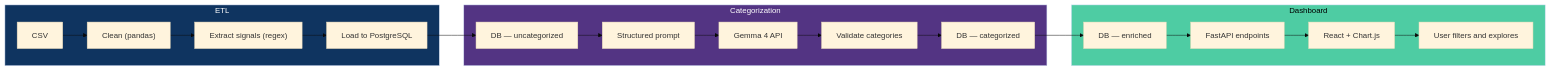
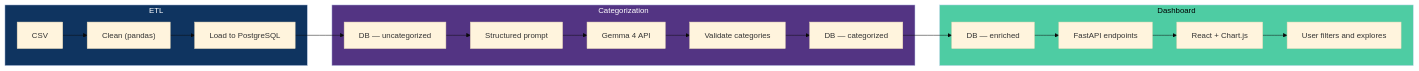
One commit to jcarrascoa7/vambe-technical-test changed the third of 3 diagrams in docs/architecture.md. Above: the diagram before and after it, drawn with Mermaid (base theme). The commit also changed other lines of this file and 4 other files, not shown here.

First line of the commit message:
docs: update architecture to reflect LLM-only categorization

````diff
--- a/docs/architecture.md
+++ b/docs/architecture.md
@@ -117,28 +115,27 @@
 ```mermaid
 flowchart LR
     subgraph S1[ETL]
         CSV["CSV"] --> Clean["Clean (pandas)"]
-        Clean --> Extract["Extract signals (regex)"]
-        Extract --> Load["Load to PostgreSQL"]
+        Clean --> Load["Load to PostgreSQL"]
     end
 
     subgraph S2[Categorization]
         DB1["DB — uncategorized"] --> Prompt["Structured prompt"]
         Prompt --> LLM["Gemma 4 API"]
         LLM --> Validate["Validate categories"]
         Validate --> DB2["DB — categorized"]
     end
 
     subgraph S3[Dashboard]
         DB3["DB — enriched"] --> API["FastAPI endpoints"]
         API --> FE["React + Chart.js"]
         FE --> User["User filters and explores"]
     end
 
     Load --> DB1
     DB2 --> DB3
 
     style S1 fill:#0f3460,color:#fff
     style S2 fill:#533483,color:#fff
     style S3 fill:#4ecca3,color:#000
 ```
````
